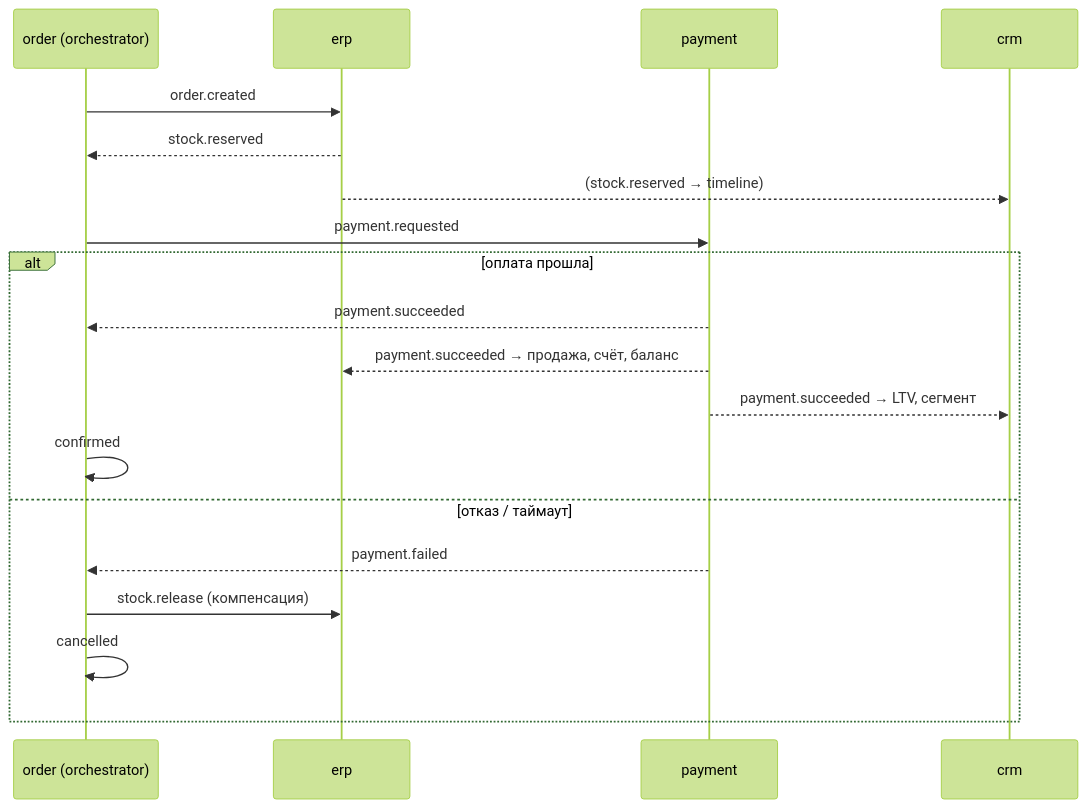
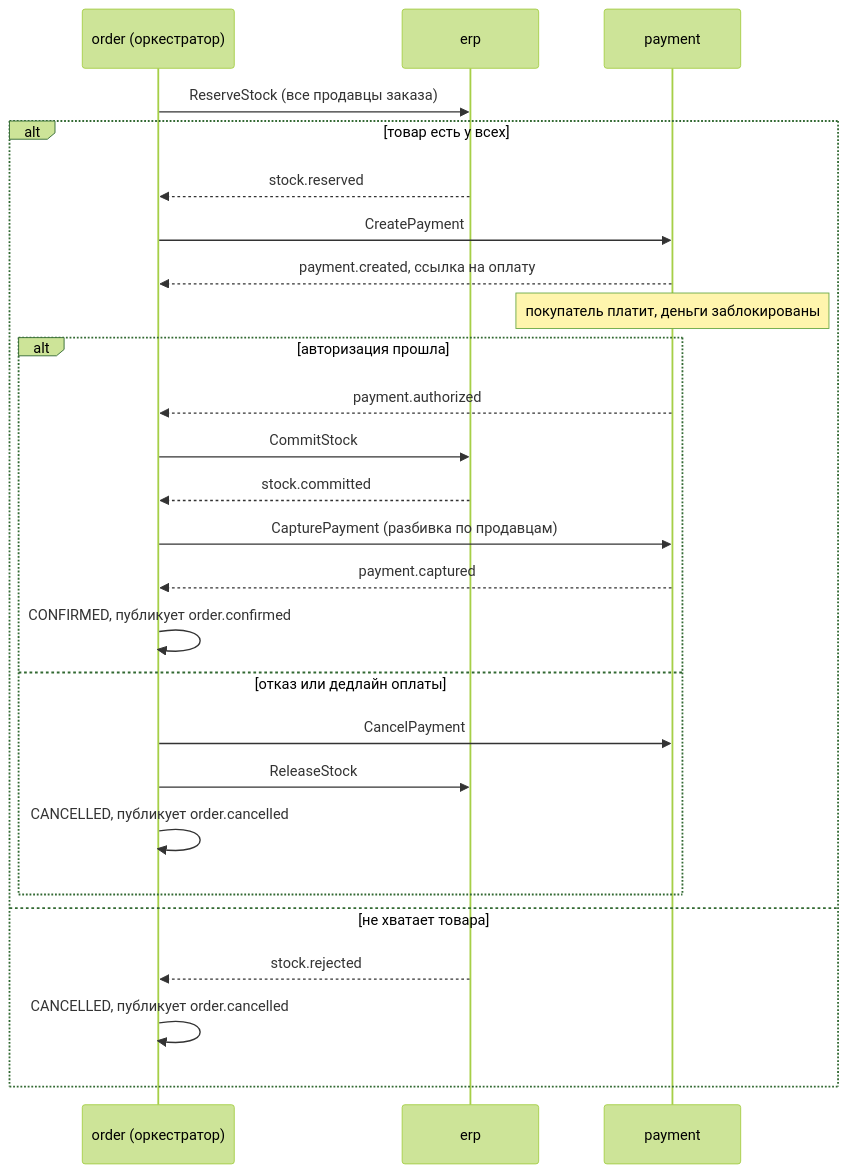
One commit to Jamshid-1207/marketplace changed the third of 5 diagrams in docs/system-design/00-overview.md. Above: the diagram before and after it, drawn with Mermaid (forest theme). The commit also changed other lines of this file and 9 other files, not shown here.

````diff
--- a/docs/system-design/00-overview.md
+++ b/docs/system-design/00-overview.md
@@ -46,21 +133,28 @@
 ```mermaid
 sequenceDiagram
-  participant O as order (orchestrator)
+  participant O as order (оркестратор)
   participant E as erp
   participant P as payment
-  participant C as crm
-  O->>E: order.created
-  E-->>O: stock.reserved
-  E-->>C: (stock.reserved → timeline)
-  O->>P: payment.requested
-  alt оплата прошла
-    P-->>O: payment.succeeded
-    P-->>E: payment.succeeded → продажа, счёт, баланс
-    P-->>C: payment.succeeded → LTV, сегмент
-    O->>O: confirmed
-  else отказ / таймаут
-    P-->>O: payment.failed
-    O->>E: stock.release (компенсация)
-    O->>O: cancelled
+  O->>E: ReserveStock (все продавцы заказа)
+  alt товар есть у всех
+    E-->>O: stock.reserved
+    O->>P: CreatePayment
+    P-->>O: payment.created, ссылка на оплату
+    Note over P: покупатель платит, деньги заблокированы
+    alt авторизация прошла
+      P-->>O: payment.authorized
+      O->>E: CommitStock
+      E-->>O: stock.committed
+      O->>P: CapturePayment (разбивка по продавцам)
+      P-->>O: payment.captured
+      O->>O: CONFIRMED, публикует order.confirmed
+    else отказ или дедлайн оплаты
+      O->>P: CancelPayment
+      O->>E: ReleaseStock
+      O->>O: CANCELLED, публикует order.cancelled
+    end
+  else не хватает товара
+    E-->>O: stock.rejected
+    O->>O: CANCELLED, публикует order.cancelled
   end
 ```
````
